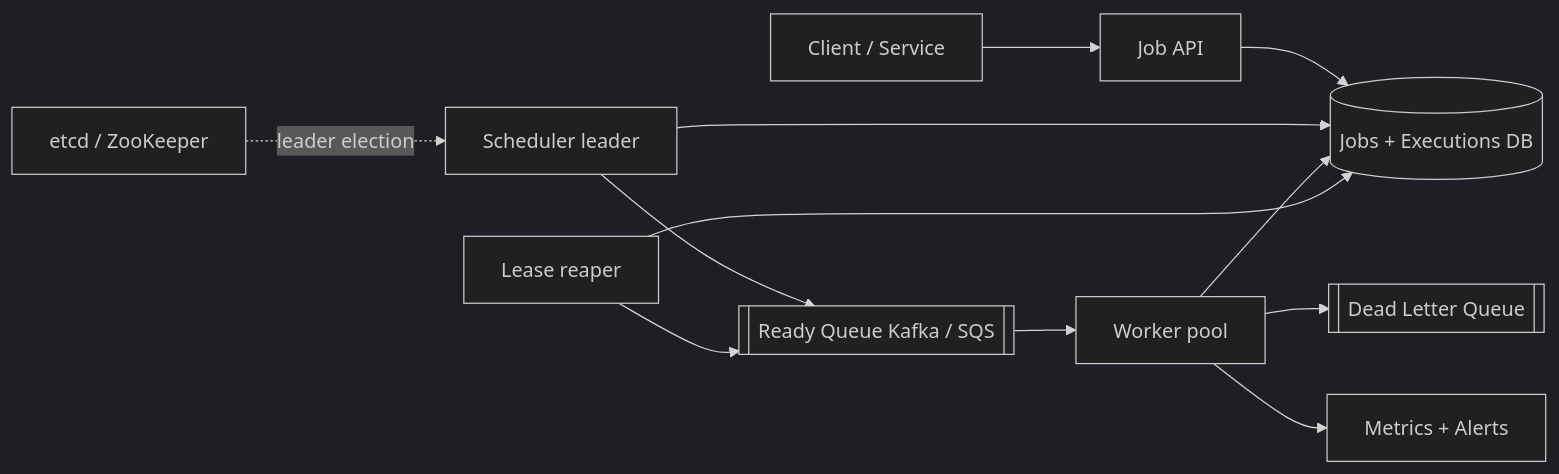
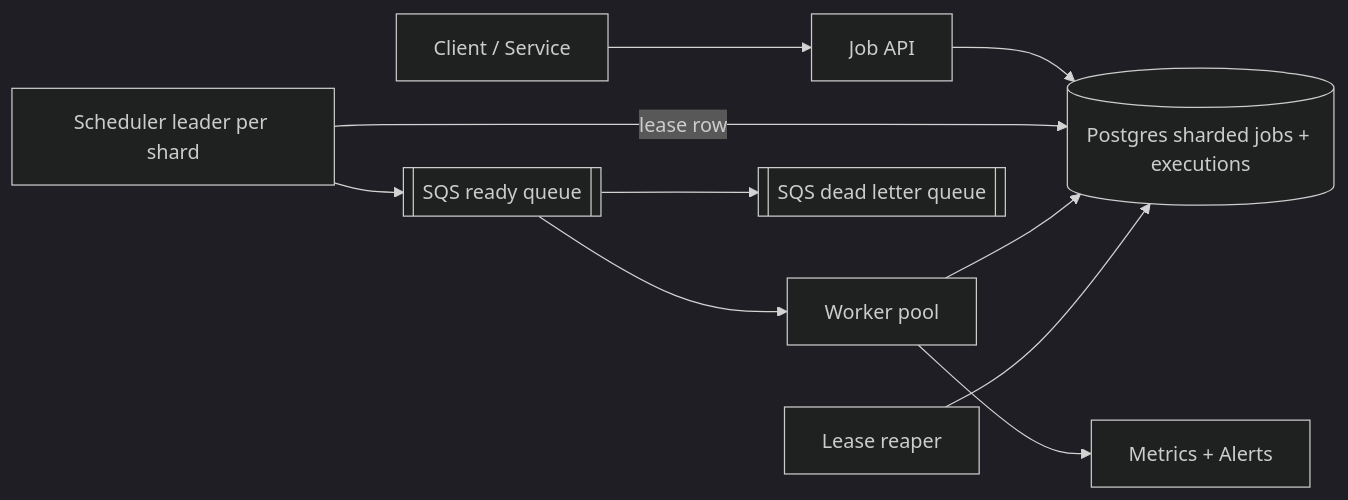
Before and after one commit to flow6979/system-design-prep: the first of 2 diagrams in content-en/02-questions/t2-18-job-scheduler.md, drawn with Mermaid (dark theme). The commit also changed other lines of this file and 61 other files, not shown here.

````diff
--- a/content-en/02-questions/t2-18-job-scheduler.md
+++ b/content-en/02-questions/t2-18-job-scheduler.md
@@ -75,14 +80,12 @@
 ```mermaid
 flowchart LR
   C["Client / Service"] --> API["Job API"]
-  API --> DB[("Jobs + Executions DB")]
-  ZK["etcd / ZooKeeper"] -. "leader election" .-> SC["Scheduler leader"]
-  SC --> DB
-  SC --> Q[["Ready Queue Kafka / SQS"]]
+  API --> DB[("Postgres sharded jobs + executions")]
+  SC["Scheduler leader per shard"] -- "lease row" --> DB
+  SC --> Q[["SQS ready queue"]]
   Q --> W1["Worker pool"]
   W1 --> DB
-  W1 --> DLQ[["Dead Letter Queue"]]
+  Q --> DLQ[["SQS dead letter queue"]]
   W1 --> M["Metrics + Alerts"]
   RP["Lease reaper"] --> DB
-  RP --> Q
 ```
````
